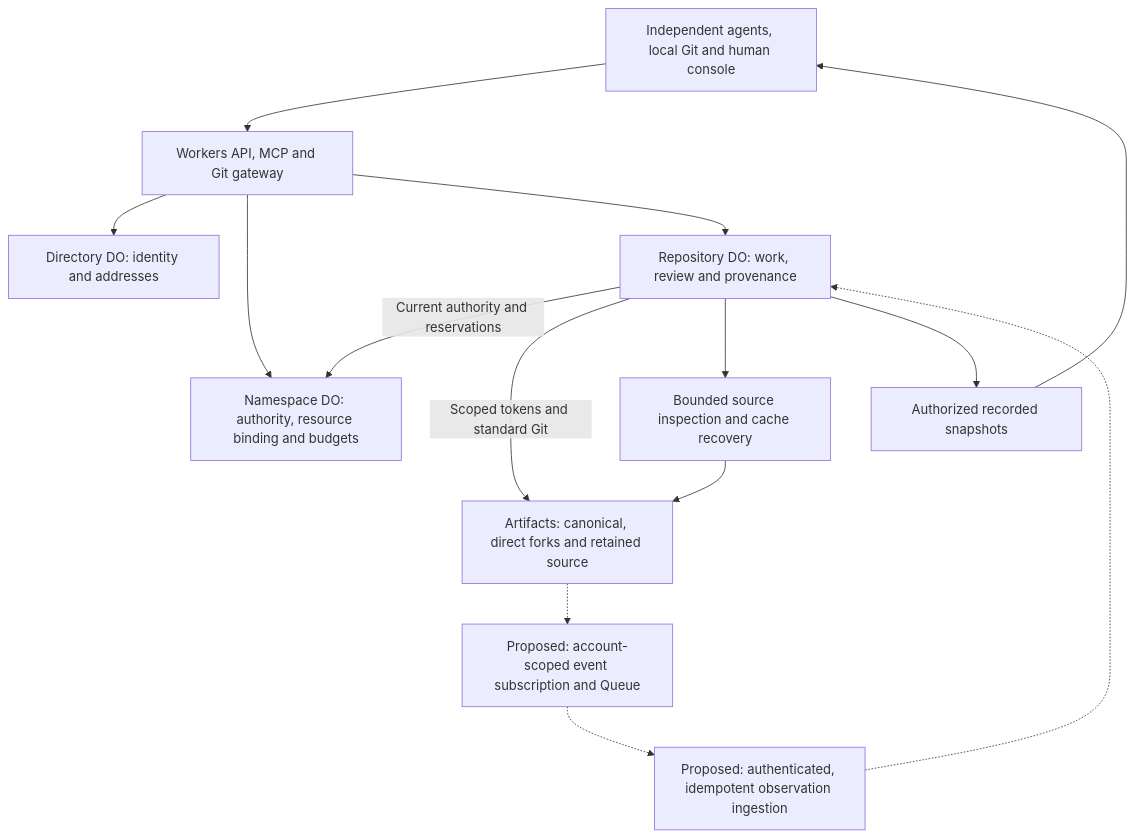
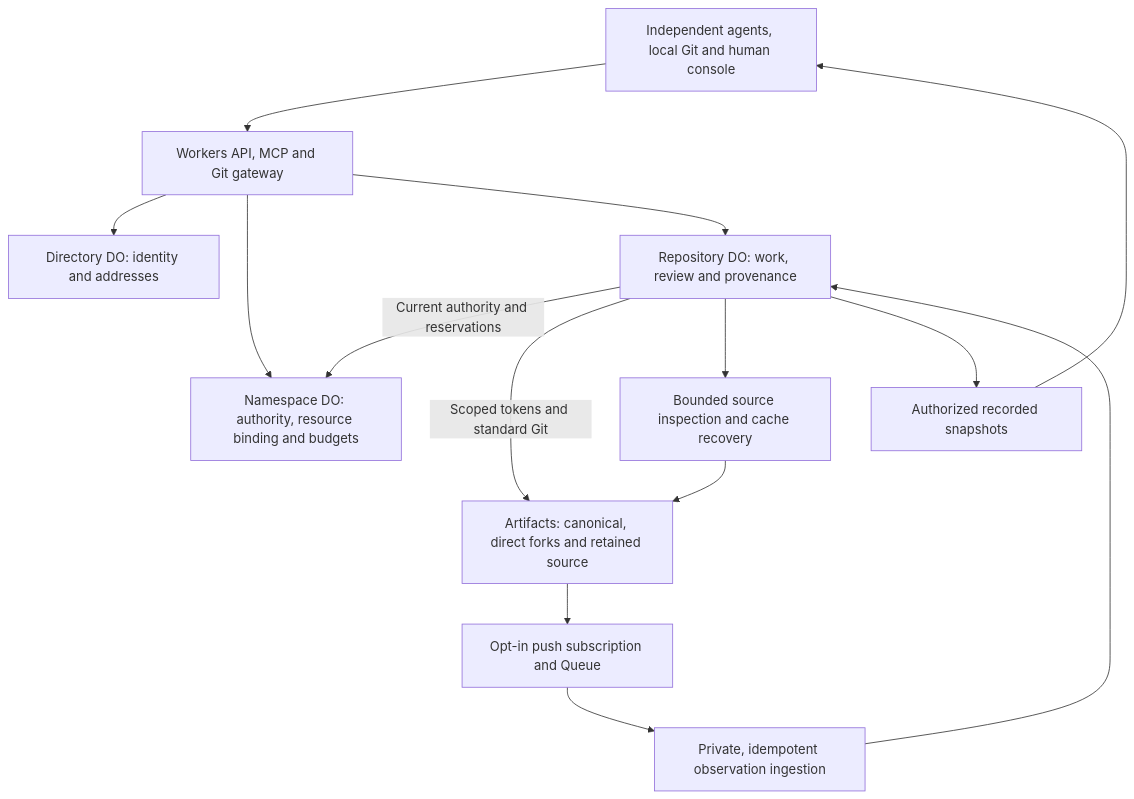
One commit to acltabontabon/cruce changed the third of 3 diagrams in docs/architecture.md. Above: the diagram before and after it, drawn with Mermaid. The commit also changed other lines of this file and 43 other files, not shown here.

First line of the commit message:
Add durable push observation and repository reconciliation

````diff
--- a/docs/architecture.md
+++ b/docs/architecture.md
@@ -398,16 +394,16 @@
 ```mermaid
 flowchart TB
     P[Independent agents, local Git and human console] --> W[Workers API, MCP and Git gateway]
     W --> D[Directory DO: identity and addresses]
     W --> N[Namespace DO: authority, resource binding and budgets]
     W --> R[Repository DO: work, review and provenance]
     R -->|Current authority and reservations| N
     R -->|Scoped tokens and standard Git| A[Artifacts: canonical, direct forks and retained source]
-    A -.-> E[Proposed: account-scoped event subscription and Queue]
-    E -.-> I[Proposed: authenticated, idempotent observation ingestion]
-    I -.-> R
+    A --> E[Opt-in push subscription and Queue]
+    E --> I[Private, idempotent observation ingestion]
+    I --> R
     R --> B[Bounded source inspection and cache recovery]
     B --> A
     R --> S[Authorized recorded snapshots]
     S --> P
 ```
````
